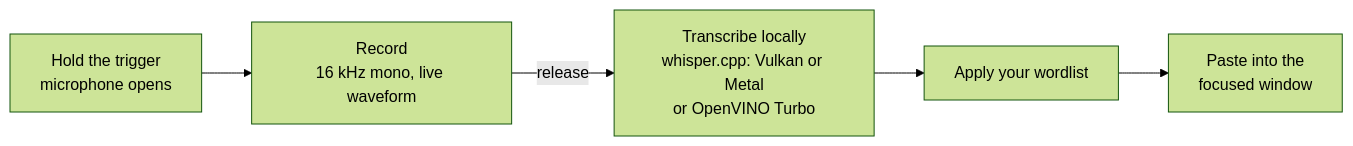
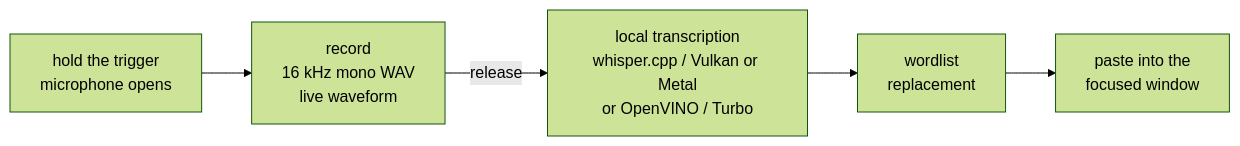
One commit to MrTorriz/sayit changed the diagram in README.md. Above: the diagram before and after it, drawn with Mermaid (forest theme). The commit also changed other lines of this file, not shown here.

Commit message:
docs: fix the README pipeline diagram and label the Turbo commands

````diff
--- a/README.md
+++ b/README.md
@@ -46,7 +46,7 @@
 ```mermaid
 flowchart LR
-    A["Hold the trigger<br>microphone opens"] --> B["Record<br>16 kHz mono, live waveform"]
-    B -->|release| C["Transcribe locally<br>whisper.cpp: Vulkan or Metal<br>or OpenVINO Turbo"]
-    C --> D["Apply your wordlist"]
-    D --> E["Paste into the<br>focused window"]
+    A["hold the trigger<br>microphone opens"] --> B["record<br>16 kHz mono WAV<br>live waveform"]
+    B -->|release| C["local transcription<br>whisper.cpp / Vulkan or Metal<br>or OpenVINO / Turbo"]
+    C --> D["wordlist<br>replacement"]
+    D --> E["paste into the<br>focused window"]
 ```
````
